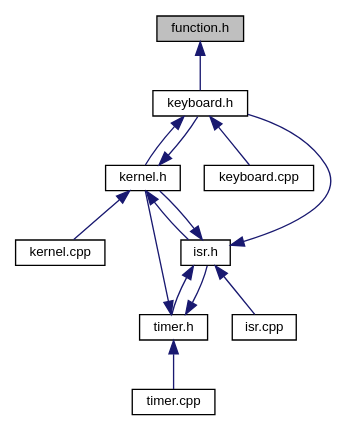
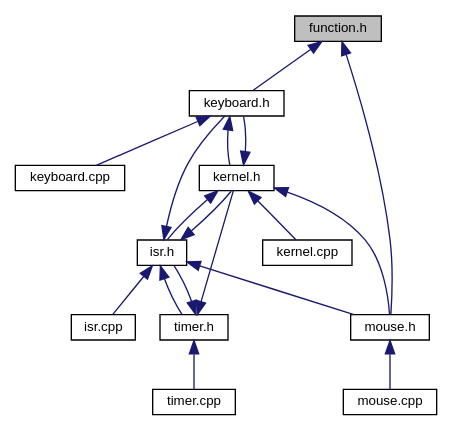
One commit to XyrisOS/Panix-Archive changed the diagram in docs/function_8h__dep__incl.dot. Above: the diagram before and after it, drawn with Graphviz. The commit also changed 103 other files, not shown here.

```diff
--- a/docs/function_8h__dep__incl.dot
+++ b/docs/function_8h__dep__incl.dot
@@ -1,28 +1,34 @@
 digraph "function.h"
 {
  // LATEX_PDF_SIZE
   edge [fontname="Helvetica",fontsize="10",labelfontname="Helvetica",labelfontsize="10"];
   node [fontname="Helvetica",fontsize="10",shape=record];
   Node1 [label="function.h",height=0.2,width=0.4,color="black", fillcolor="grey75", style="filled", fontcolor="black",tooltip="Defines a \"function\" that allows us to suppress unused variable errors."];
   Node1 -> Node2 [dir="back",color="midnightblue",fontsize="10",style="solid",fontname="Helvetica"];
   Node2 [label="keyboard.h",height=0.2,width=0.4,color="black", fillcolor="white", style="filled",URL="$keyboard_8h.html",tooltip="Keyboard driver header file. Provides a class for translating scancodes to printable characters and p..."];
   Node2 -> Node3 [dir="back",color="midnightblue",fontsize="10",style="solid",fontname="Helvetica"];
   Node3 [label="kernel.h",height=0.2,width=0.4,color="black", fillcolor="white", style="filled",URL="$kernel_8h.html",tooltip="Kernel header file."];
   Node3 -> Node4 [dir="back",color="midnightblue",fontsize="10",style="solid",fontname="Helvetica"];
   Node4 [label="isr.h",height=0.2,width=0.4,color="black", fillcolor="white", style="filled",URL="$isr_8h.html",tooltip="Interrupt Service Routine header file. Provides a class to reference all interrupt registers and perf..."];
   Node4 -> Node5 [dir="back",color="midnightblue",fontsize="10",style="solid",fontname="Helvetica"];
   Node5 [label="isr.cpp",height=0.2,width=0.4,color="black", fillcolor="white", style="filled",URL="$isr_8cpp.html",tooltip="Interrupt Service Routine definitions file."];
   Node4 -> Node3 [dir="back",color="midnightblue",fontsize="10",style="solid",fontname="Helvetica"];
   Node4 -> Node6 [dir="back",color="midnightblue",fontsize="10",style="solid",fontname="Helvetica"];
   Node6 [label="timer.h",height=0.2,width=0.4,color="black", fillcolor="white", style="filled",URL="$timer_8h.html",tooltip="CPU Timer header file. Provides a class to access the timer on the CPU."];
   Node6 -> Node3 [dir="back",color="midnightblue",fontsize="10",style="solid",fontname="Helvetica"];
   Node6 -> Node4 [dir="back",color="midnightblue",fontsize="10",style="solid",fontname="Helvetica"];
   Node6 -> Node7 [dir="back",color="midnightblue",fontsize="10",style="solid",fontname="Helvetica"];
   Node7 [label="timer.cpp",height=0.2,width=0.4,color="black", fillcolor="white", style="filled",URL="$timer_8cpp.html",tooltip="Timer definitions file."];
   Node4 -> Node2 [dir="back",color="midnightblue",fontsize="10",style="solid",fontname="Helvetica"];
+  Node4 -> Node8 [dir="back",color="midnightblue",fontsize="10",style="solid",fontname="Helvetica"];
+  Node8 [label="mouse.h",height=0.2,width=0.4,color="black", fillcolor="white", style="filled",URL="$mouse_8h.html",tooltip="Mouse driver header file. Provides a class for all mouse related functionality at a kernel level."];
+  Node8 -> Node9 [dir="back",color="midnightblue",fontsize="10",style="solid",fontname="Helvetica"];
+  Node9 [label="mouse.cpp",height=0.2,width=0.4,color="black", fillcolor="white", style="filled",URL="$mouse_8cpp.html",tooltip="Mouse driver definitions file."];
   Node3 -> Node2 [dir="back",color="midnightblue",fontsize="10",style="solid",fontname="Helvetica"];
   Node3 -> Node8 [dir="back",color="midnightblue",fontsize="10",style="solid",fontname="Helvetica"];
-  Node8 [label="kernel.cpp",height=0.2,width=0.4,color="black", fillcolor="white", style="filled",URL="$kernel_8cpp.html",tooltip="Panix kernel main source file. Includes the kernel's kernel_main() function that helps make the jump ..."];
-  Node2 -> Node9 [dir="back",color="midnightblue",fontsize="10",style="solid",fontname="Helvetica"];
-  Node9 [label="keyboard.cpp",height=0.2,width=0.4,color="black", fillcolor="white", style="filled",URL="$keyboard_8cpp.html",tooltip="Keyboard driver definitions file."];
+  Node3 -> Node10 [dir="back",color="midnightblue",fontsize="10",style="solid",fontname="Helvetica"];
+  Node10 [label="kernel.cpp",height=0.2,width=0.4,color="black", fillcolor="white", style="filled",URL="$kernel_8cpp.html",tooltip="Panix kernel main source file. Includes the kernel's kernel_main() function that helps make the jump ..."];
+  Node2 -> Node11 [dir="back",color="midnightblue",fontsize="10",style="solid",fontname="Helvetica"];
+  Node11 [label="keyboard.cpp",height=0.2,width=0.4,color="black", fillcolor="white", style="filled",URL="$keyboard_8cpp.html",tooltip="Keyboard driver definitions file."];
+  Node1 -> Node8 [dir="back",color="midnightblue",fontsize="10",style="solid",fontname="Helvetica"];
 }
```
